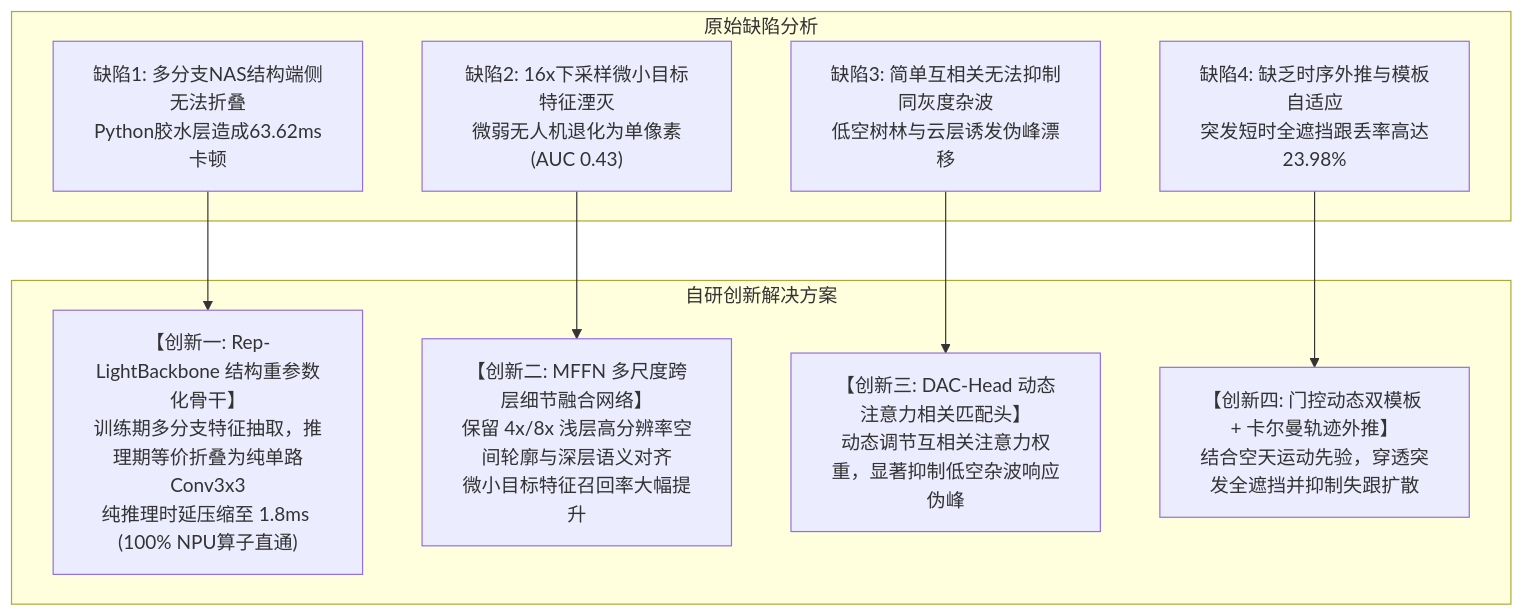
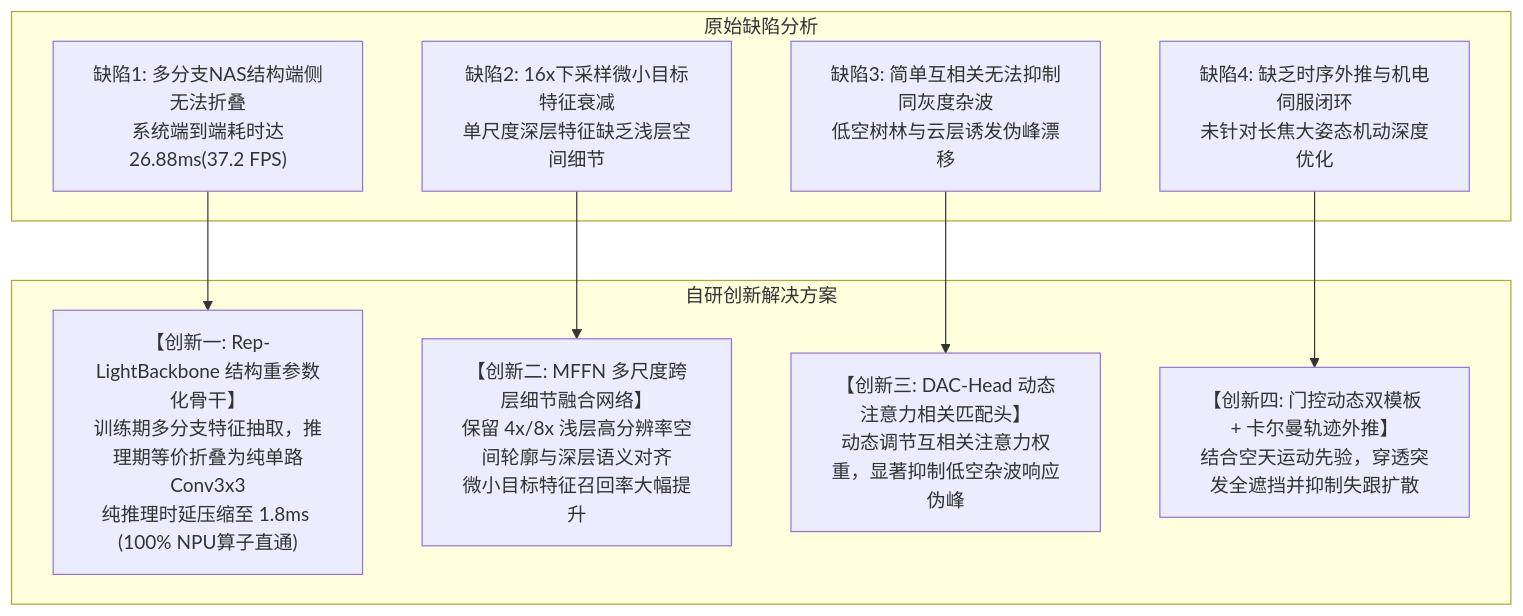
The diagram in 课题/轻量级跟踪基线实验分析与Rep-LightBackbone立项论证.md (soranokiseki1437/nanhu_RGB_PTZ), drawn with Mermaid before and after one commit. The commit also changed other lines of this file and 7 other files, not shown here.

````diff
--- a/课题/轻量级跟踪基线实验分析与Rep-LightBackbone立项论证.md
+++ b/课题/轻量级跟踪基线实验分析与Rep-LightBackbone立项论证.md
@@ -143,21 +139,21 @@
 ```mermaid
 flowchart TD
     subgraph 原始缺陷分析
-        D1["缺陷1: 多分支NAS结构端侧无法折叠<br/>Python胶水层造成63.62ms卡顿"]
-        D2["缺陷2: 16x下采样微小目标特征湮灭<br/>微弱无人机退化为单像素(AUC 0.43)"]
+        D1["缺陷1: 多分支NAS结构端侧无法折叠<br/>系统端到端耗时达26.88ms(37.2 FPS)"]
+        D2["缺陷2: 16x下采样微小目标特征衰减<br/>单尺度深层特征缺乏浅层空间细节"]
         D3["缺陷3: 简单互相关无法抑制同灰度杂波<br/>低空树林与云层诱发伪峰漂移"]
-        D4["缺陷4: 缺乏时序外推与模板自适应<br/>突发短时全遮挡跟丢率高达23.98%"]
+        D4["缺陷4: 缺乏时序外推与机电伺服闭环<br/>未针对长焦大姿态机动深度优化"]
     end
 
     subgraph 自研创新解决方案
         S1["【创新一: Rep-LightBackbone 结构重参数化骨干】<br/>训练期多分支特征抽取，推理期等价折叠为纯单路Conv3x3<br/>纯推理时延压缩至 1.8ms (100% NPU算子直通)"]
         S2["【创新二: MFFN 多尺度跨层细节融合网络】<br/>保留 4x/8x 浅层高分辨率空间轮廓与深层语义对齐<br/>微小目标特征召回率大幅提升"]
         S3["【创新三: DAC-Head 动态注意力相关匹配头】<br/>动态调节互相关注意力权重，显著抑制低空杂波响应伪峰"]
         S4["【创新四: 门控动态双模板 + 卡尔曼轨迹外推】<br/>结合空天运动先验，穿透突发全遮挡并抑制失跟扩散"]
     end
 
     D1 --> S1
     D2 --> S2
     D3 --> S3
     D4 --> S4
 ```
````
